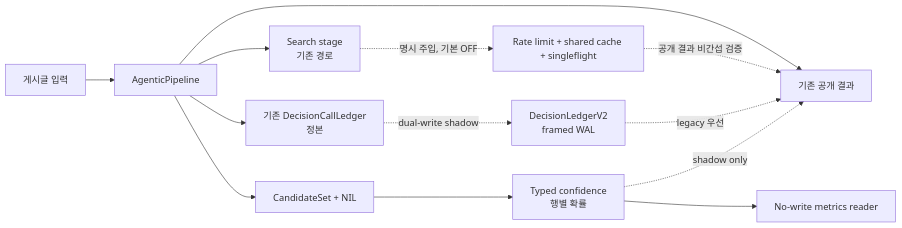
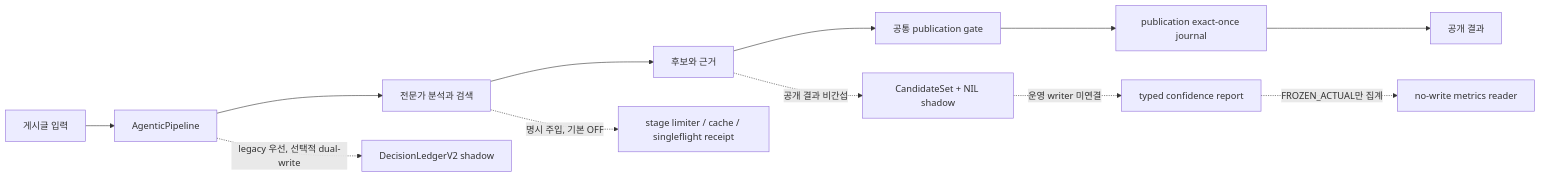
The diagram in README.md (hostkimjang/llm_novel_dc_coommunity_parser), drawn with Mermaid before and after one commit. The commit also changed other lines of this file and 7 other files, not shown here.

````diff
--- a/README.md
+++ b/README.md
@@ -24,15 +31,15 @@
 ```mermaid
 flowchart LR
     A["게시글 입력"] --> B["AgenticPipeline"]
-    B --> C["Search stage\n기존 경로"]
-    C -. "명시 주입, 기본 OFF" .-> D["Rate limit + shared cache + singleflight"]
-    B --> E["기존 DecisionCallLedger\n정본"]
-    E -. "dual-write shadow" .-> F["DecisionLedgerV2\nframed WAL"]
-    B --> G["CandidateSet + NIL"]
-    G --> H["Typed confidence\n행별 확률"]
-    H --> I["No-write metrics reader"]
-    B --> J["기존 공개 결과"]
-    D -. "공개 결과 비간섭 검증" .-> J
-    F -. "legacy 우선" .-> J
-    H -. "shadow only" .-> J
+    B --> C["전문가 분석과 검색"]
+    C --> D["후보와 근거"]
+    D --> E["공통 publication gate"]
+    E --> G["publication exact-once journal"]
+    G --> F["공개 결과"]
+
+    C -. "명시 주입, 기본 OFF" .-> H["stage limiter / cache / singleflight receipt"]
+    B -. "legacy 우선, 선택적 dual-write" .-> I["DecisionLedgerV2 shadow"]
+    D -. "공개 결과 비간섭" .-> J["CandidateSet + NIL shadow"]
+    J -. "운영 writer 미연결" .-> K["typed confidence report"]
+    K -. "FROZEN_ACTUAL만 집계" .-> L["no-write metrics reader"]
 ```
````
